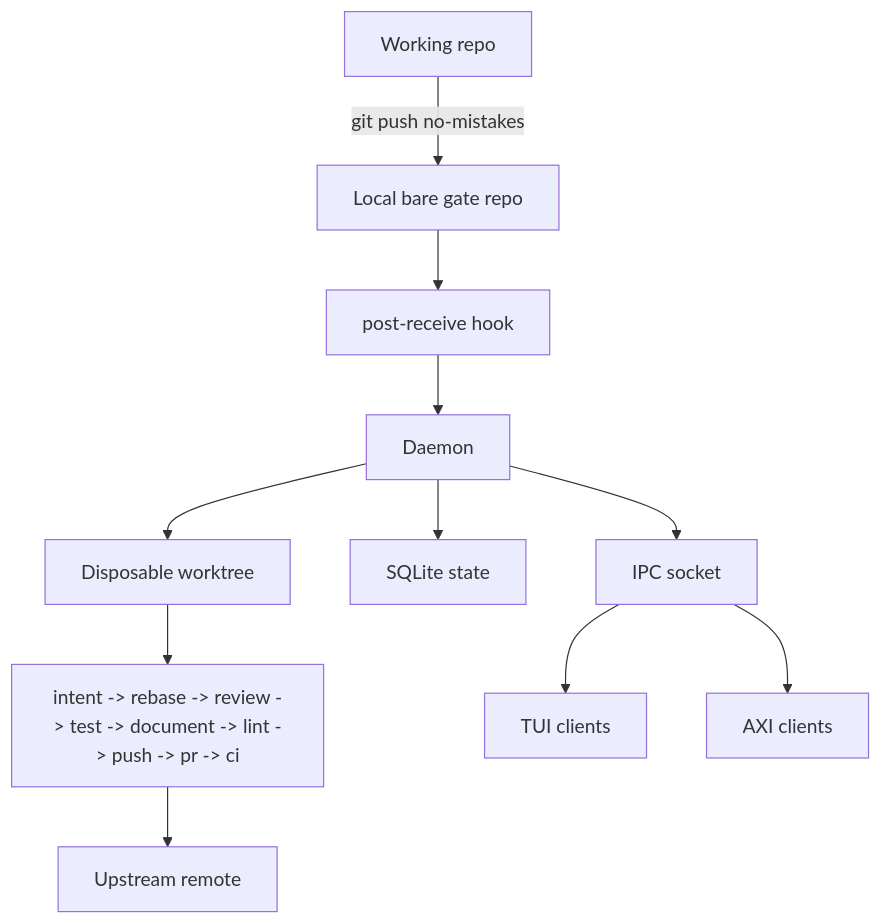
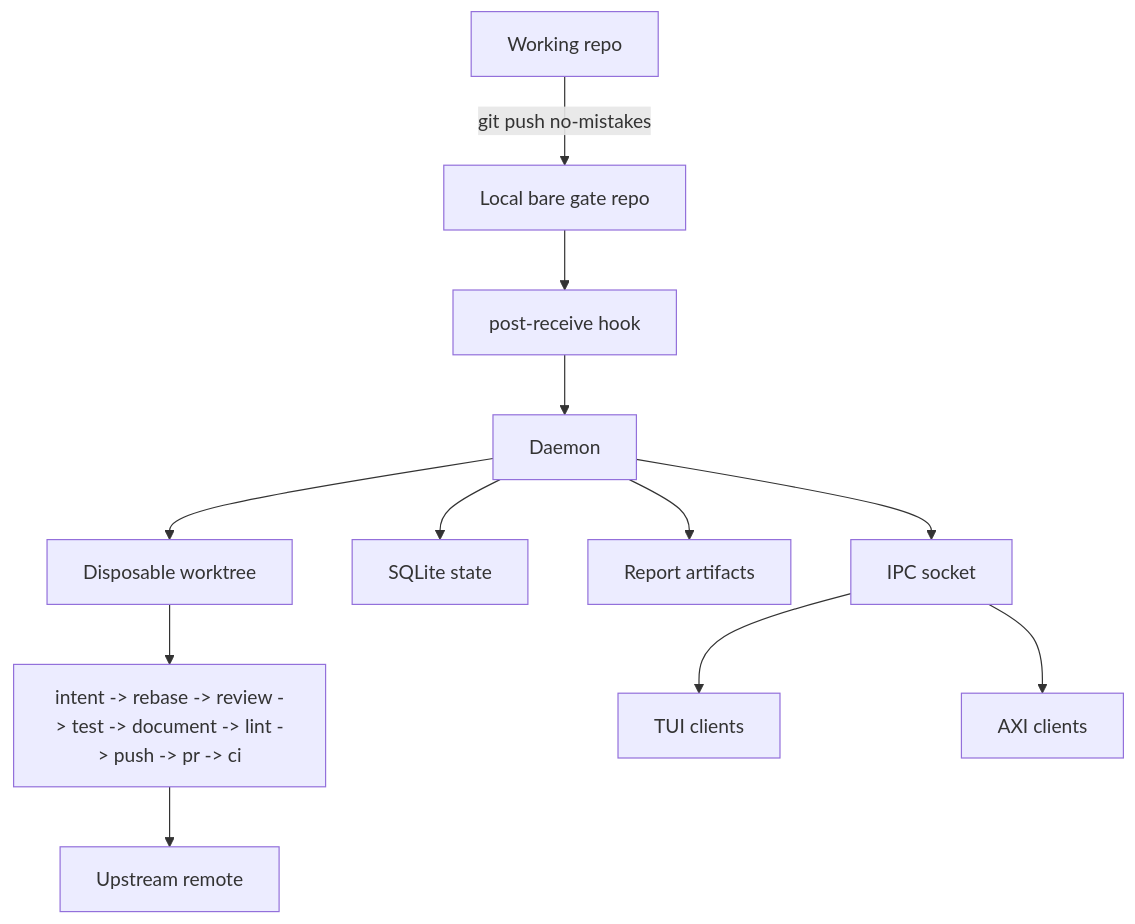
The diagram in docs/src/content/docs/concepts/gate-model.md (anhle128/no-mistakes), drawn with Mermaid before and after one commit. The commit also changed other lines of this file and 9 other files, not shown here.

````diff
--- a/docs/src/content/docs/concepts/gate-model.md
+++ b/docs/src/content/docs/concepts/gate-model.md
@@ -14,13 +14,14 @@
 ```mermaid
 flowchart TD
   repo["Working repo"] -->|"git push no-mistakes"| gate["Local bare gate repo"]
   gate --> hook["post-receive hook"]
   hook --> daemon["Daemon"]
   daemon --> worktree["Disposable worktree"]
   worktree --> pipeline["intent -> rebase -> review -> test -> document -> lint -> push -> pr -> ci"]
   pipeline --> upstream["Upstream remote"]
   daemon --> db["SQLite state"]
+  daemon --> reports["Report artifacts"]
   daemon --> ipc["IPC socket"]
   ipc --> tui["TUI clients"]
   ipc --> axi["AXI clients"]
 ```
````
